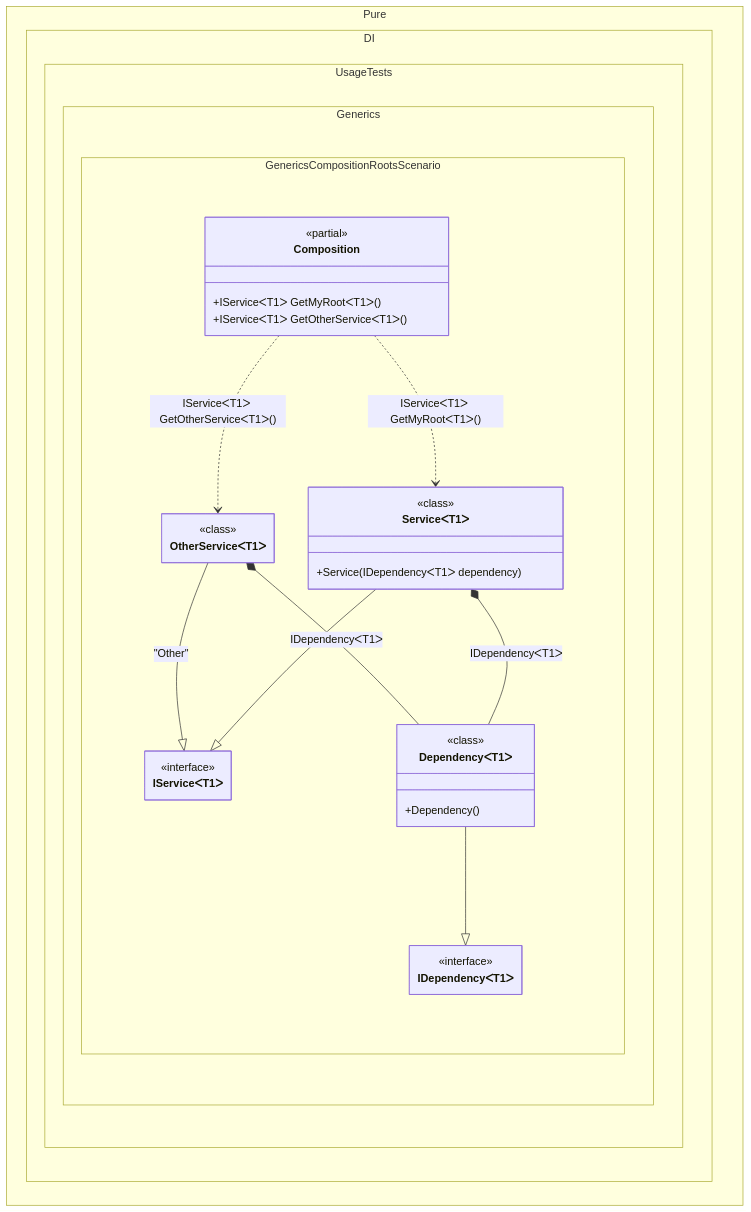
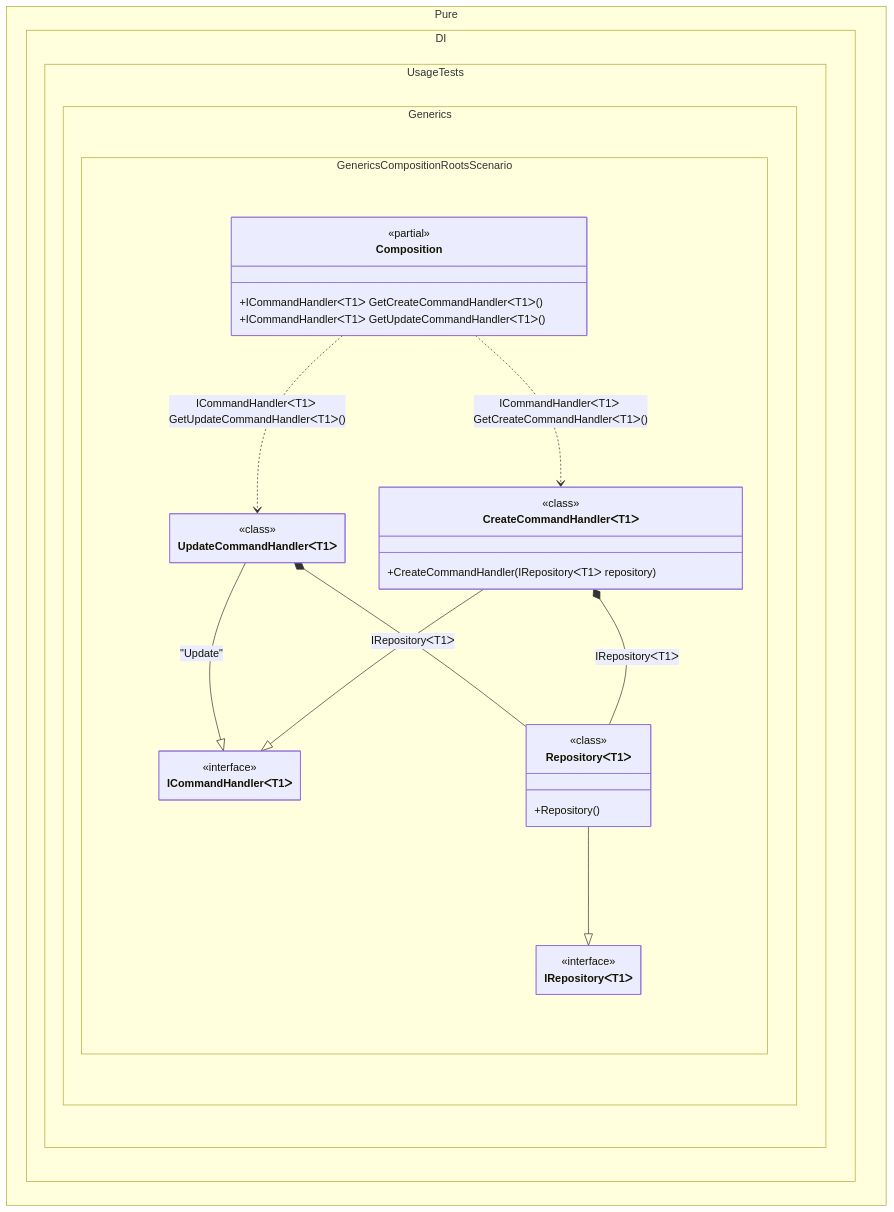
The diagram in readme/generic-composition-roots.md (DevTeam/Pure.DI), drawn with Mermaid before and after one commit. The commit also changed other lines of this file and 126 other files, not shown here.

````diff
--- a/readme/generic-composition-roots.md
+++ b/readme/generic-composition-roots.md
@@ -115,41 +114,41 @@
 ```mermaid
 ---
  config:
   maxTextSize: 2147483647
   maxEdges: 2147483647
   class:
    hideEmptyMembersBox: true
 ---
 classDiagram
-	OtherServiceᐸT1ᐳ --|> IServiceᐸT1ᐳ : "Other" 
-	ServiceᐸT1ᐳ --|> IServiceᐸT1ᐳ
-	DependencyᐸT1ᐳ --|> IDependencyᐸT1ᐳ
-	Composition ..> OtherServiceᐸT1ᐳ : IServiceᐸT1ᐳ GetOtherServiceᐸT1ᐳ()
-	Composition ..> ServiceᐸT1ᐳ : IServiceᐸT1ᐳ GetMyRootᐸT1ᐳ()
-	OtherServiceᐸT1ᐳ *--  DependencyᐸT1ᐳ : IDependencyᐸT1ᐳ
-	ServiceᐸT1ᐳ *--  DependencyᐸT1ᐳ : IDependencyᐸT1ᐳ
+	UpdateCommandHandlerᐸT1ᐳ --|> ICommandHandlerᐸT1ᐳ : "Update" 
+	CreateCommandHandlerᐸT1ᐳ --|> ICommandHandlerᐸT1ᐳ
+	RepositoryᐸT1ᐳ --|> IRepositoryᐸT1ᐳ
+	Composition ..> UpdateCommandHandlerᐸT1ᐳ : ICommandHandlerᐸT1ᐳ GetUpdateCommandHandlerᐸT1ᐳ()
+	Composition ..> CreateCommandHandlerᐸT1ᐳ : ICommandHandlerᐸT1ᐳ GetCreateCommandHandlerᐸT1ᐳ()
+	UpdateCommandHandlerᐸT1ᐳ *--  RepositoryᐸT1ᐳ : IRepositoryᐸT1ᐳ
+	CreateCommandHandlerᐸT1ᐳ *--  RepositoryᐸT1ᐳ : IRepositoryᐸT1ᐳ
 	namespace Pure.DI.UsageTests.Generics.GenericsCompositionRootsScenario {
 		class Composition {
 		<<partial>>
-		+IServiceᐸT1ᐳ GetMyRootᐸT1ᐳ()
-		+IServiceᐸT1ᐳ GetOtherServiceᐸT1ᐳ()
+		+ICommandHandlerᐸT1ᐳ GetCreateCommandHandlerᐸT1ᐳ()
+		+ICommandHandlerᐸT1ᐳ GetUpdateCommandHandlerᐸT1ᐳ()
 		}
-		class DependencyᐸT1ᐳ {
+		class CreateCommandHandlerᐸT1ᐳ {
 				<<class>>
-			+Dependency()
+			+CreateCommandHandler(IRepositoryᐸT1ᐳ repository)
 		}
-		class IDependencyᐸT1ᐳ {
+		class ICommandHandlerᐸT1ᐳ {
 			<<interface>>
 		}
-		class IServiceᐸT1ᐳ {
+		class IRepositoryᐸT1ᐳ {
 			<<interface>>
 		}
-		class OtherServiceᐸT1ᐳ {
+		class RepositoryᐸT1ᐳ {
 				<<class>>
+			+Repository()
 		}
-		class ServiceᐸT1ᐳ {
+		class UpdateCommandHandlerᐸT1ᐳ {
 				<<class>>
-			+Service(IDependencyᐸT1ᐳ dependency)
 		}
 	}
 ```
````
